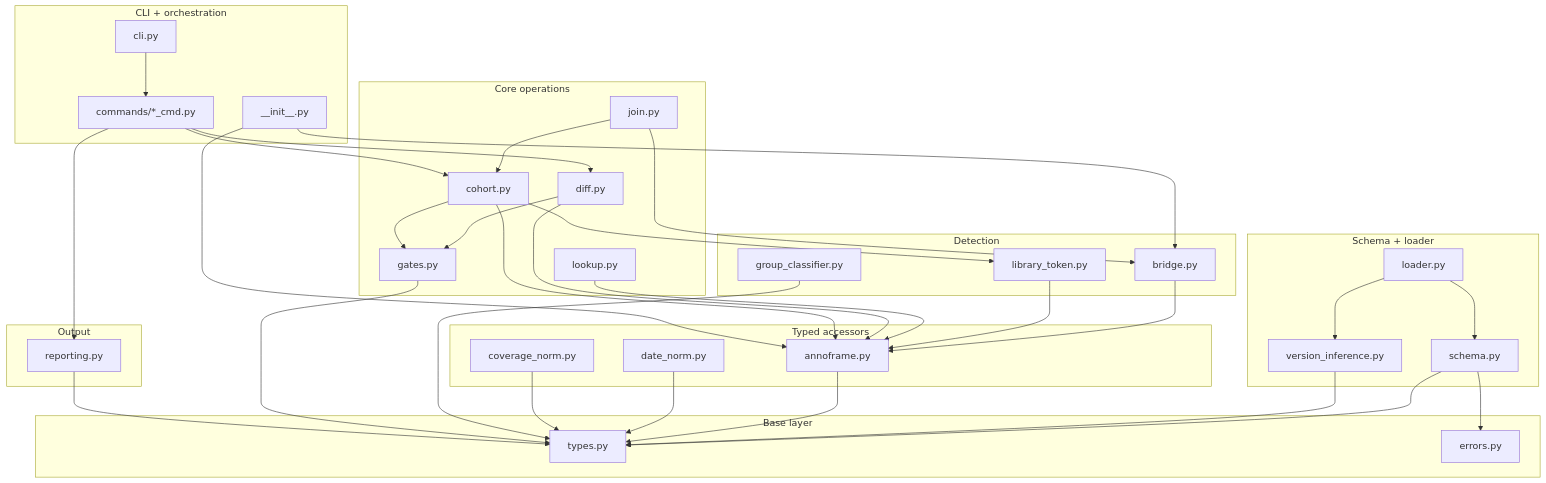
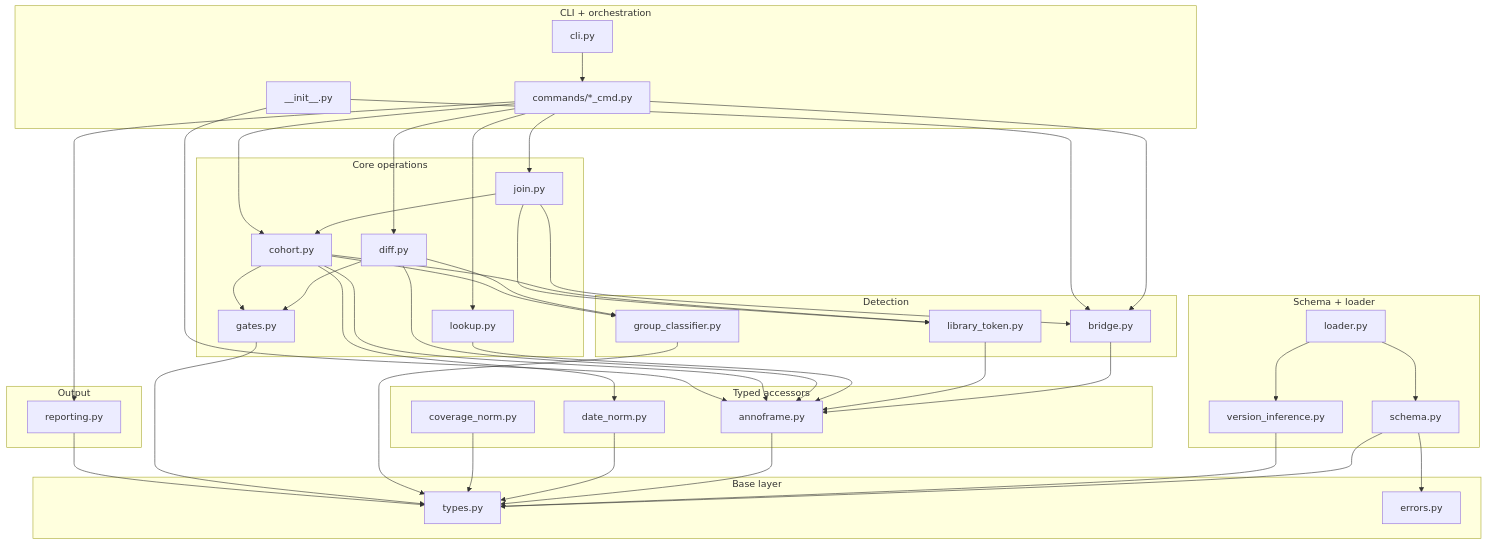
The third of 3 diagrams in DEVELOPMENT.md (carstenerickson/aadr-resolve), drawn with Mermaid before and after one commit. The commit also changed other lines of this file, not shown here.

First line of the commit message:
docs: critical-review fixes to the three mermaid diagrams

````diff
--- a/DEVELOPMENT.md
+++ b/DEVELOPMENT.md
@@ -188,64 +192,71 @@
 ```mermaid
 flowchart TD
     subgraph base [Base layer]
         types[types.py]
         errors[errors.py]
     end
     subgraph schema_layer [Schema + loader]
         schema[schema.py]
         vinf[version_inference.py]
         loader[loader.py]
     end
     subgraph typed [Typed accessors]
         annoframe[annoframe.py]
         date_norm[date_norm.py]
         coverage_norm[coverage_norm.py]
     end
     subgraph detection [Detection]
         bridge[bridge.py]
         libtok[library_token.py]
         gclass[group_classifier.py]
     end
     subgraph core [Core operations]
         lookup[lookup.py]
         diff[diff.py]
         cohort[cohort.py]
         join[join.py]
         gates[gates.py]
     end
     subgraph output [Output]
         reporting[reporting.py]
     end
     subgraph cli_layer [CLI + orchestration]
         cli[cli.py]
         commands["commands/*_cmd.py"]
         init[__init__.py]
     end
     schema --> types
     schema --> errors
     vinf --> types
     loader --> schema
     loader --> vinf
     annoframe --> types
     date_norm --> types
     coverage_norm --> types
     bridge --> annoframe
     libtok --> annoframe
     gclass --> types
     lookup --> annoframe
     diff --> annoframe
     diff --> gates
+    diff --> gclass
     cohort --> annoframe
     cohort --> libtok
     cohort --> gates
+    cohort --> gclass
+    cohort --> date_norm
     join --> cohort
     join --> bridge
+    join --> libtok
     gates --> types
     reporting --> types
     commands --> reporting
     commands --> cohort
     commands --> diff
+    commands --> lookup
+    commands --> join
+    commands --> bridge
     cli --> commands
     init --> annoframe
     init --> bridge
 ```
````
